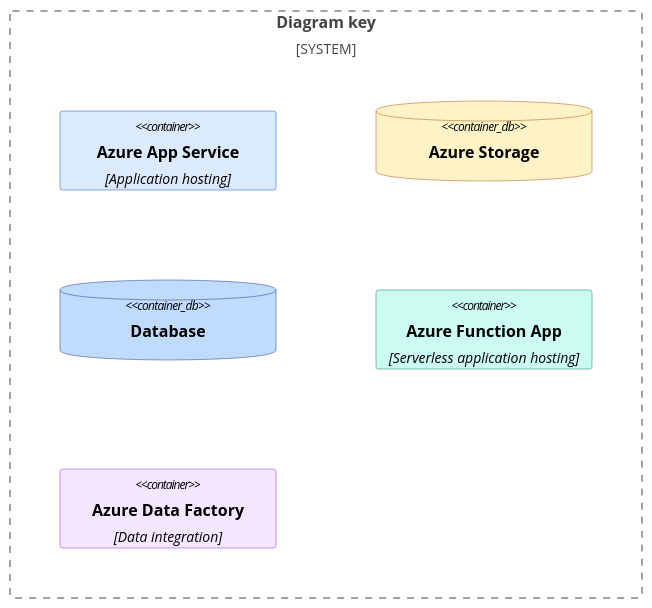
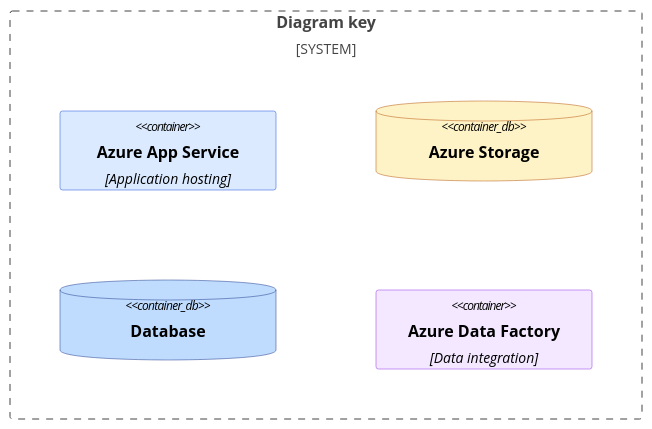
One commit to DFE-Digital/get-information-about-schools changed the first of 2 diagrams in documentation/service/container.md. Above: the diagram before and after it, drawn with Mermaid. The commit also changed 1 other file, not shown here.

Commit message:
remove provider profile, fa-giasapi

````diff
--- a/documentation/service/container.md
+++ b/documentation/service/container.md
@@ -19,19 +19,17 @@
 ```mermaid
 C4Container
 
     UpdateLayoutConfig($c4ShapeInRow="5", $c4BoundaryInRow="1")
 
     System_Boundary(key, "Diagram key") {
         Container(appServiceKey, "Azure App Service", "Application hosting", "")
         ContainerDb(storageKey, "Azure Storage", "")
         ContainerDb(databaseKey, "Database", "")
-        Container(functionAppKey, "Azure Function App", "Serverless application hosting", "")
         Container(dataFactoryKey, "Azure Data Factory", "Data integration", "")
     }
 
     UpdateElementStyle(appServiceKey, $bgColor="#dbeafe", $fontColor="#000000", $borderColor="#1d4ed8")
     UpdateElementStyle(storageKey, $bgColor="#fef3c7", $fontColor="#000000", $borderColor="#b45309")
     UpdateElementStyle(databaseKey, $bgColor="#bfdbfe", $fontColor="#000000", $borderColor="#1e3a8a")
-    UpdateElementStyle(functionAppKey, $bgColor="#ccfbf1", $fontColor="#000000", $borderColor="#0f766e")
     UpdateElementStyle(dataFactoryKey, $bgColor="#f3e8ff", $fontColor="#000000", $borderColor="#9333ea")
 ```
````
